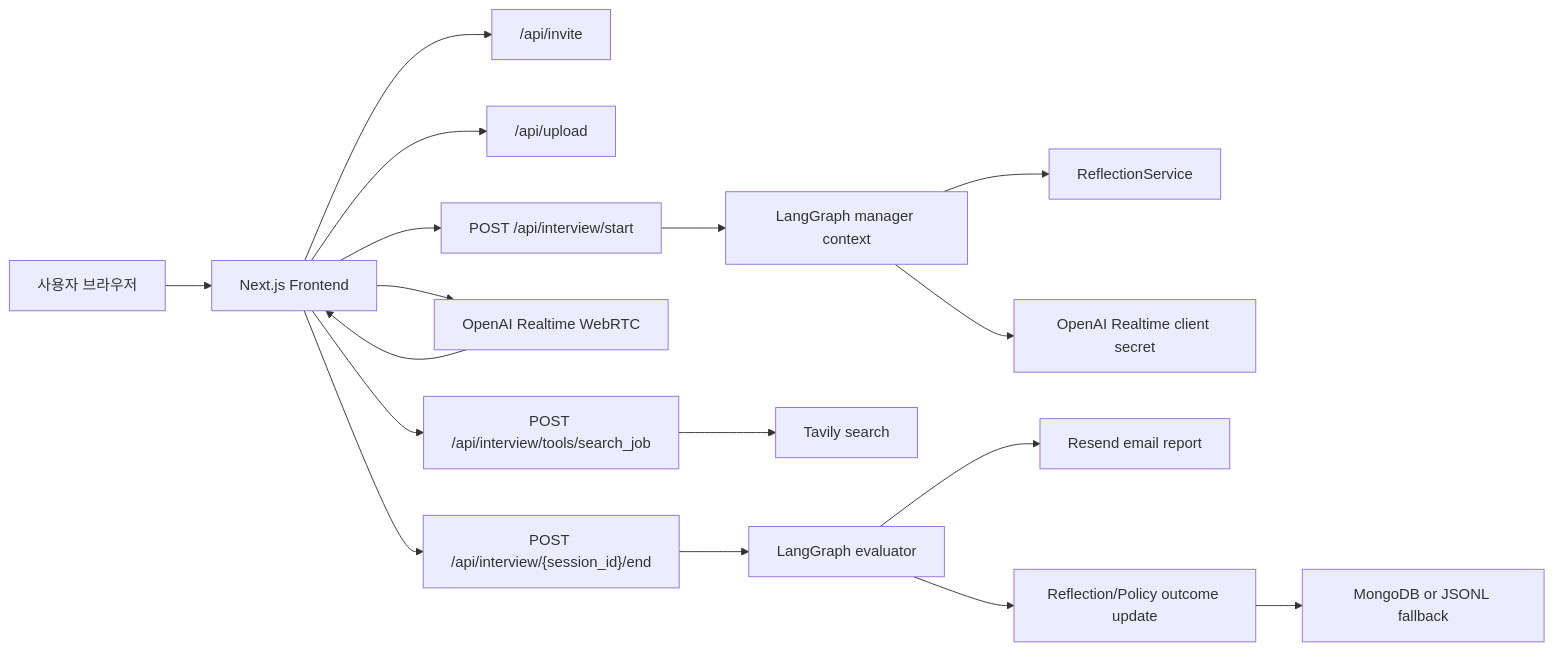
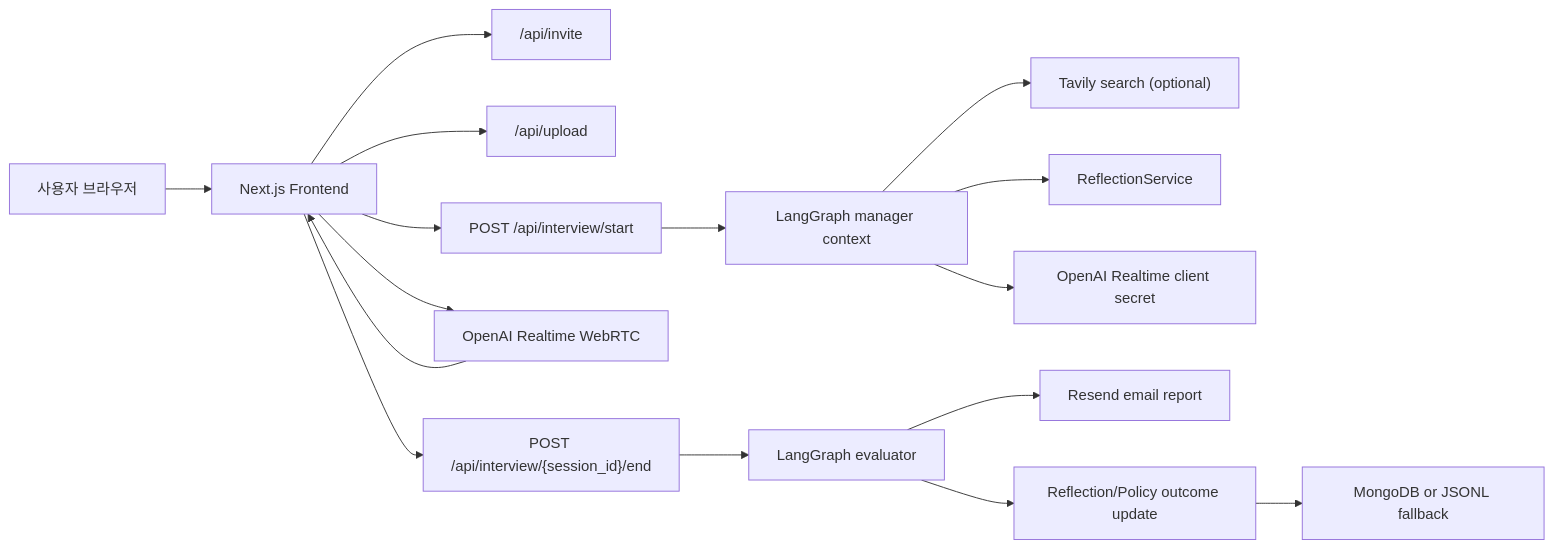
One commit to haebo9/ai-techtree-project changed the diagram in docs/techtree-wiki.md. Above: the diagram before and after it, drawn with Mermaid. The commit also changed other lines of this file and 6 other files, not shown here.

````diff
--- a/docs/techtree-wiki.md
+++ b/docs/techtree-wiki.md
@@ -27,19 +27,18 @@
 ```mermaid
 flowchart LR
     User["사용자 브라우저"] --> FE["Next.js Frontend"]
     FE --> Invite["/api/invite"]
     FE --> Upload["/api/upload"]
     FE --> Start["POST /api/interview/start"]
     Start --> Manager["LangGraph manager context"]
+    Manager --> Tavily["Tavily search (optional)"]
     Manager --> Reflection["ReflectionService"]
     Manager --> RealtimeSecret["OpenAI Realtime client secret"]
     FE --> WebRTC["OpenAI Realtime WebRTC"]
     WebRTC --> FE
-    FE --> ToolSearch["POST /api/interview/tools/search_job"]
-    ToolSearch --> Tavily["Tavily search"]
     FE --> End["POST /api/interview/{session_id}/end"]
     End --> Evaluator["LangGraph evaluator"]
     Evaluator --> Email["Resend email report"]
     Evaluator --> ReflectionWrite["Reflection/Policy outcome update"]
     ReflectionWrite --> Store["MongoDB or JSONL fallback"]
 ```
````
